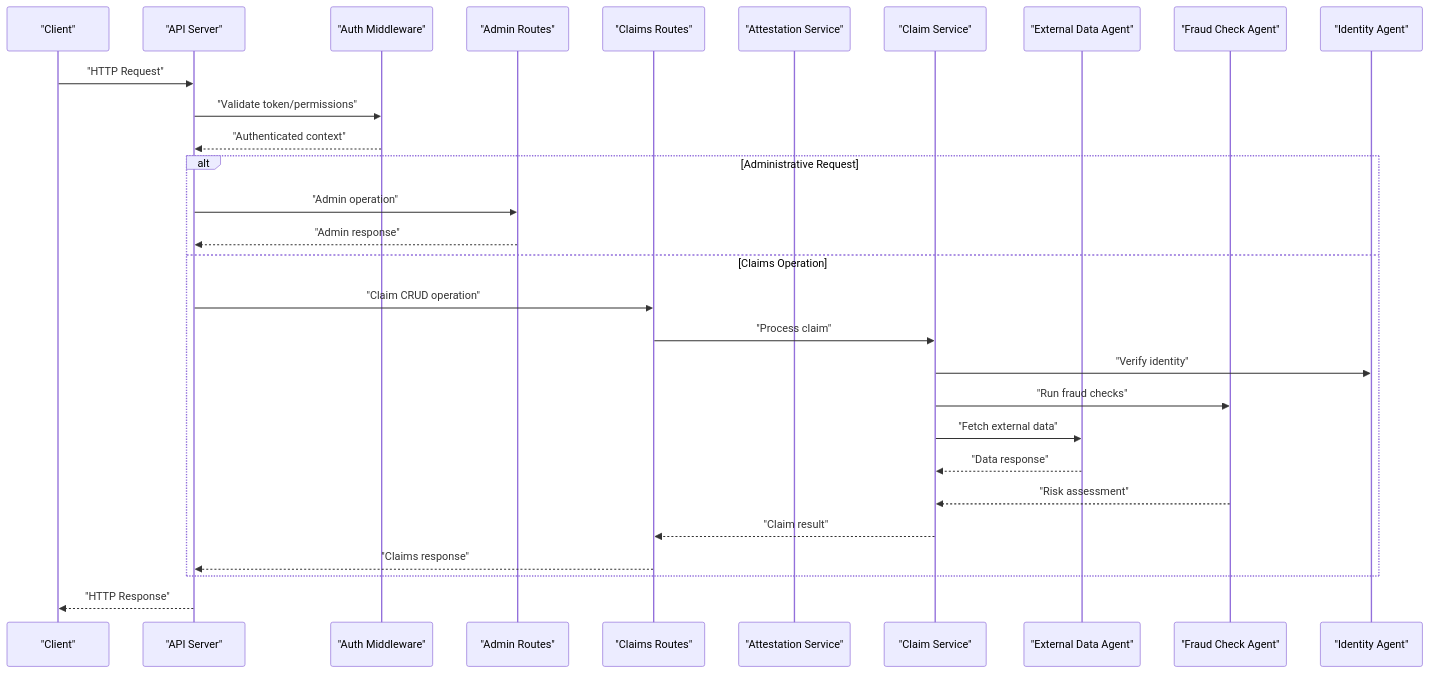
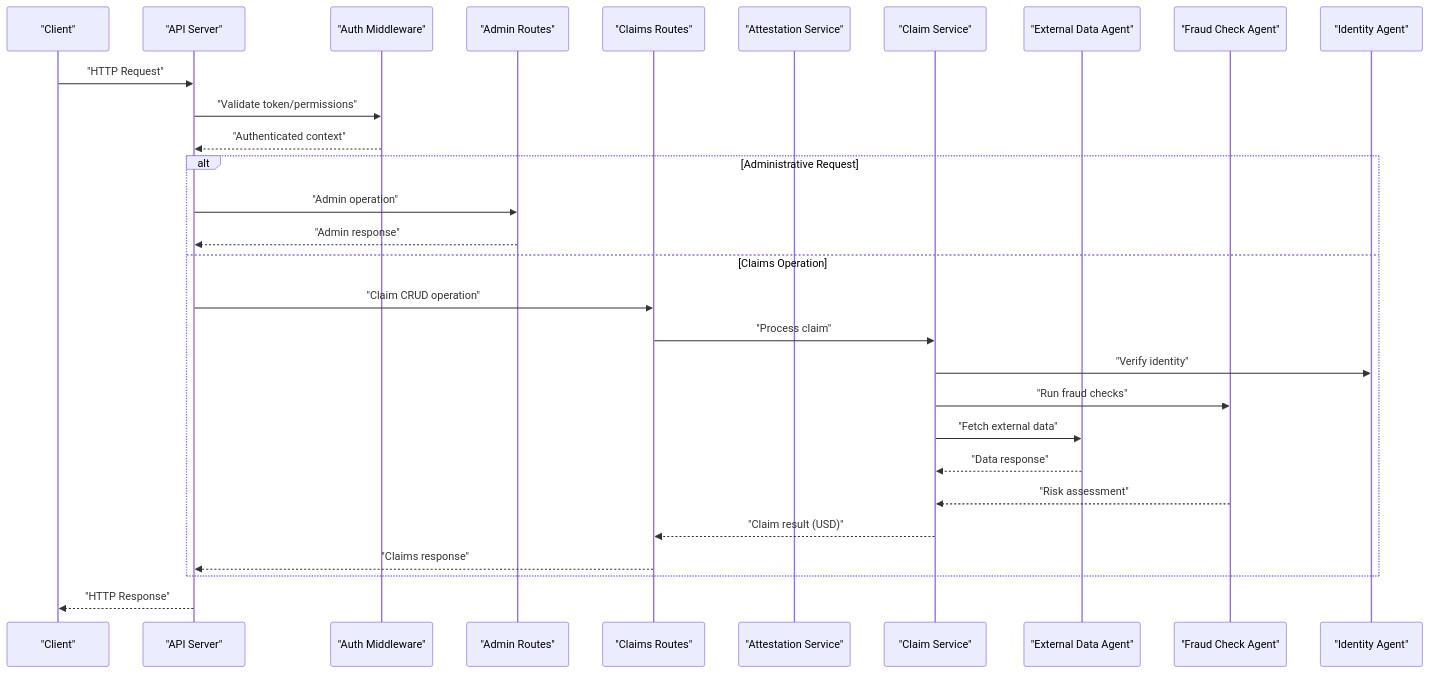
Before and after one commit to hieudepoet/Insurix: the second of 7 diagrams in .qoder/repowiki/en/content/Backend Services/API Endpoints/API Endpoints.md, drawn with Mermaid. The commit also changed other lines of this file and 63 other files, not shown here.

````diff
--- a/.qoder/repowiki/en/content/Backend Services/API Endpoints/API Endpoints.md
+++ b/.qoder/repowiki/en/content/Backend Services/API Endpoints/API Endpoints.md
@@ -141,31 +139,31 @@
 ```mermaid
 sequenceDiagram
 participant Client as "Client"
 participant Server as "API Server"
 participant Auth as "Auth Middleware"
 participant Admin as "Admin Routes"
 participant Claims as "Claims Routes"
 participant Attest as "Attestation Service"
 participant Claim as "Claim Service"
 participant Ext as "External Data Agent"
 participant Fraud as "Fraud Check Agent"
 participant Id as "Identity Agent"
 Client->>Server : "HTTP Request"
 Server->>Auth : "Validate token/permissions"
 Auth-->>Server : "Authenticated context"
 alt Administrative Request
 Server->>Admin : "Admin operation"
 Admin-->>Server : "Admin response"
 else Claims Operation
 Server->>Claims : "Claim CRUD operation"
 Claims->>Claim : "Process claim"
 Claim->>Id : "Verify identity"
 Claim->>Fraud : "Run fraud checks"
 Claim->>Ext : "Fetch external data"
 Ext-->>Claim : "Data response"
 Fraud-->>Claim : "Risk assessment"
-Claim-->>Claims : "Claim result"
+Claim-->>Claims : "Claim result (USD)"
 Claims-->>Server : "Claims response"
 end
 Server-->>Client : "HTTP Response"
 ```
````
